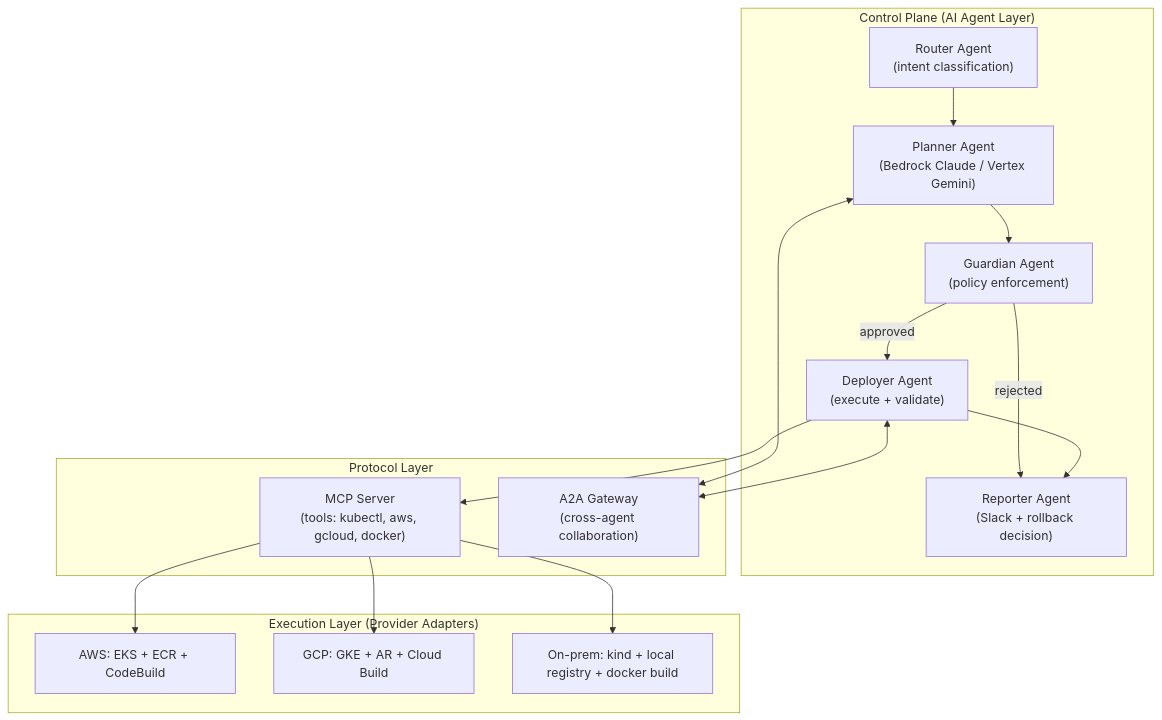
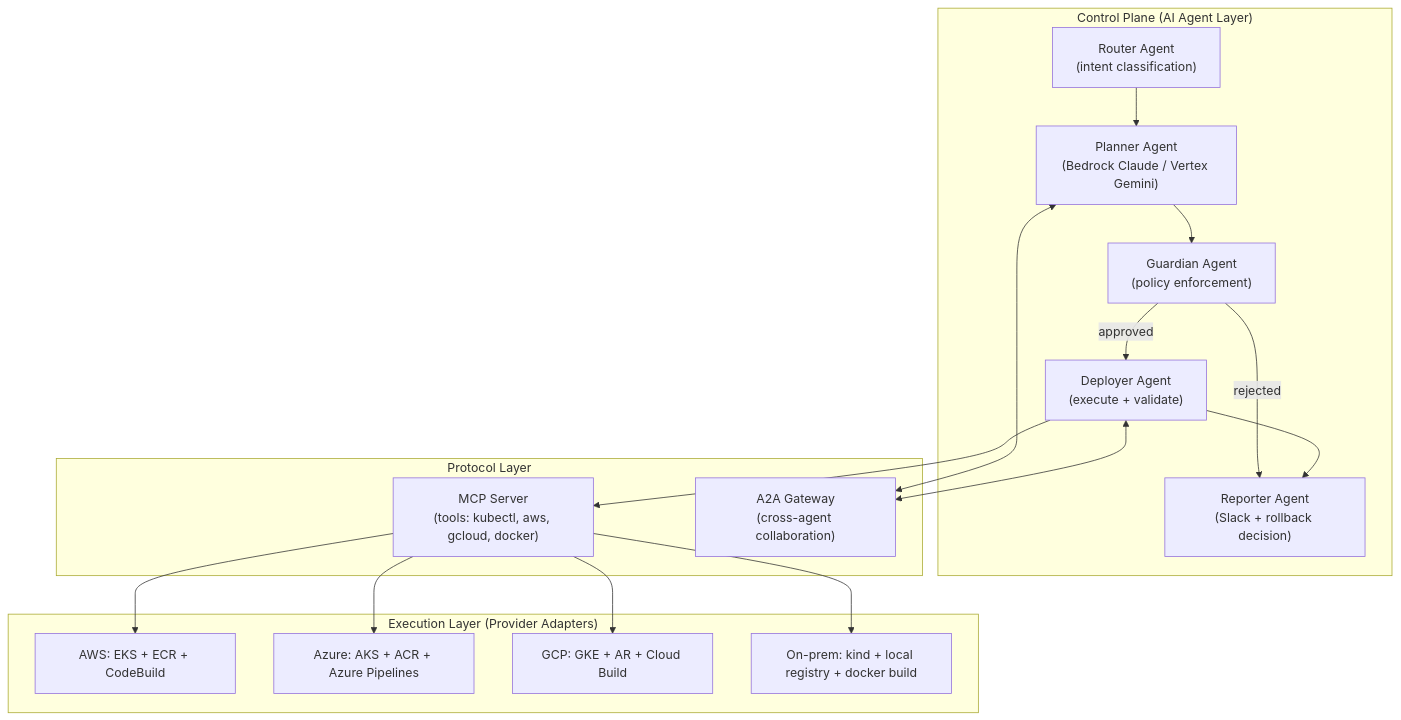
One commit to men16922/platform-agent changed the first of 2 diagrams in docs/plans/2026-07-05-multi-cloud-ai-deployment-platform.md. Above: the diagram before and after it, drawn with Mermaid. The commit also changed other lines of this file, not shown here.

First line of the commit message:
docs: add Azure (AKS/ACR) to multi-cloud deployment plan

````diff
--- a/docs/plans/2026-07-05-multi-cloud-ai-deployment-platform.md
+++ b/docs/plans/2026-07-05-multi-cloud-ai-deployment-platform.md
@@ -51,31 +51,32 @@
 ```mermaid
 flowchart TB
     subgraph "Control Plane (AI Agent Layer)"
         Router["Router Agent<br/>(intent classification)"]
         Planner["Planner Agent<br/>(Bedrock Claude / Vertex Gemini)"]
         Deployer["Deployer Agent<br/>(execute + validate)"]
         Guardian["Guardian Agent<br/>(policy enforcement)"]
         Reporter["Reporter Agent<br/>(Slack + rollback decision)"]
     end
 
     subgraph "Protocol Layer"
         MCP["MCP Server<br/>(tools: kubectl, aws, gcloud, docker)"]
         A2A["A2A Gateway<br/>(cross-agent collaboration)"]
     end
 
     subgraph "Execution Layer (Provider Adapters)"
         EKS["AWS: EKS + ECR + CodeBuild"]
+        AKS["Azure: AKS + ACR + Azure Pipelines"]
         GKE["GCP: GKE + AR + Cloud Build"]
         Kind["On-prem: kind + local registry + docker build"]
     end
 
     Router --> Planner
     Planner --> Guardian
     Guardian -->|approved| Deployer
     Guardian -->|rejected| Reporter
     Deployer --> MCP
     Deployer --> Reporter
-    MCP --> EKS & GKE & Kind
+    MCP --> EKS & GKE & AKS & Kind
     Planner <--> A2A
     Deployer <--> A2A
 ```
````
